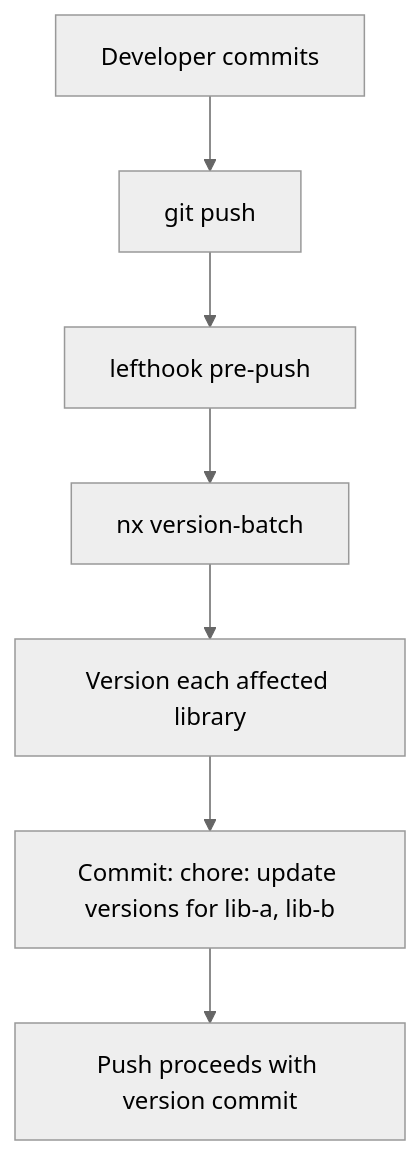
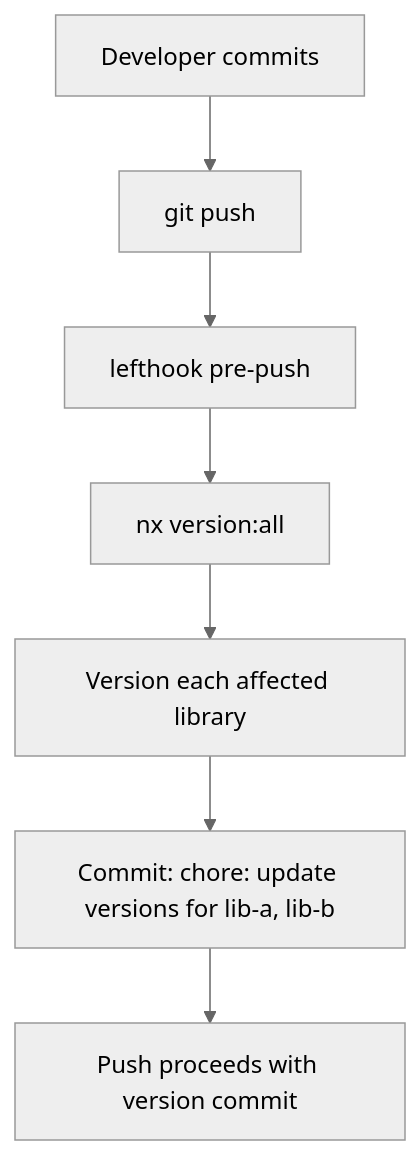
Before and after one commit to AndrewRedican/hyperfrontend: the second of 4 diagrams in tools/package/src/executors/version/ARCHITECTURE.md, drawn with Mermaid (neutral theme). The commit also changed 3 other files, not shown here.

Commit message:
docs(@hyperfrontend/workspace): update reference to version batch as version all

````diff
--- a/tools/package/src/executors/version/ARCHITECTURE.md
+++ b/tools/package/src/executors/version/ARCHITECTURE.md
@@ -124,9 +124,9 @@
 ```mermaid
 flowchart TD
     A[Developer commits] --> B[git push]
     B --> C[lefthook pre-push]
-    C --> D[nx version-batch]
+    C --> D[nx version:all]
     D --> E[Version each affected library]
     E --> F["Commit: chore: update versions for lib-a, lib-b"]
     F --> G[Push proceeds with version commit]
 ```
````
